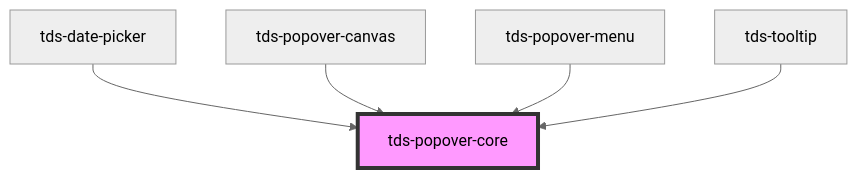
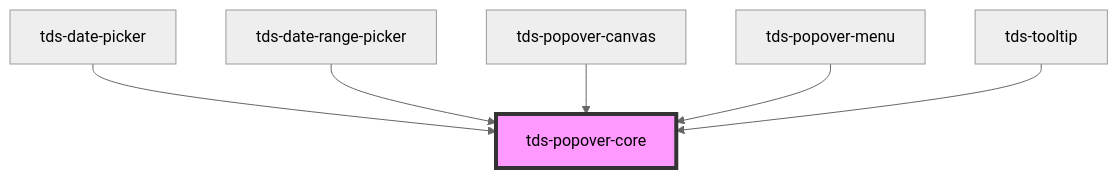
The diagram in packages/core/src/components/popover-core/readme.md (scania-digital-design-system/tegel), drawn with Mermaid (neutral theme) before and after one commit. The commit also changed other lines of this file and 17 other files, not shown here.

````diff
--- a/packages/core/src/components/popover-core/readme.md
+++ b/packages/core/src/components/popover-core/readme.md
@@ -33,8 +34,9 @@
 ```mermaid
 graph TD;
   tds-date-picker --> tds-popover-core
+  tds-date-range-picker --> tds-popover-core
   tds-popover-canvas --> tds-popover-core
   tds-popover-menu --> tds-popover-core
   tds-tooltip --> tds-popover-core
   style tds-popover-core fill:#f9f,stroke:#333,stroke-width:4px
 ```
````
